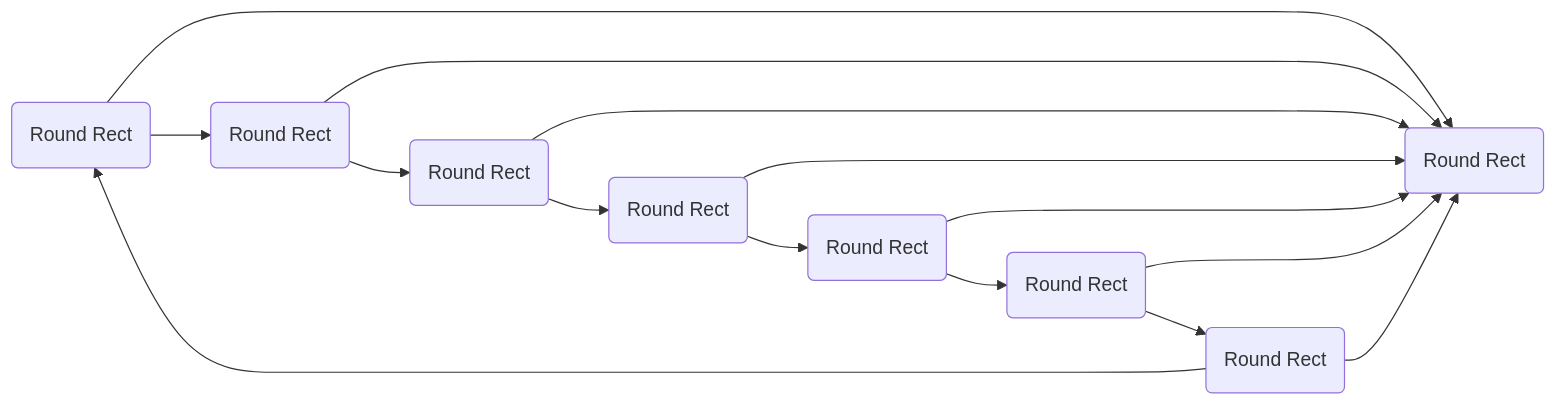
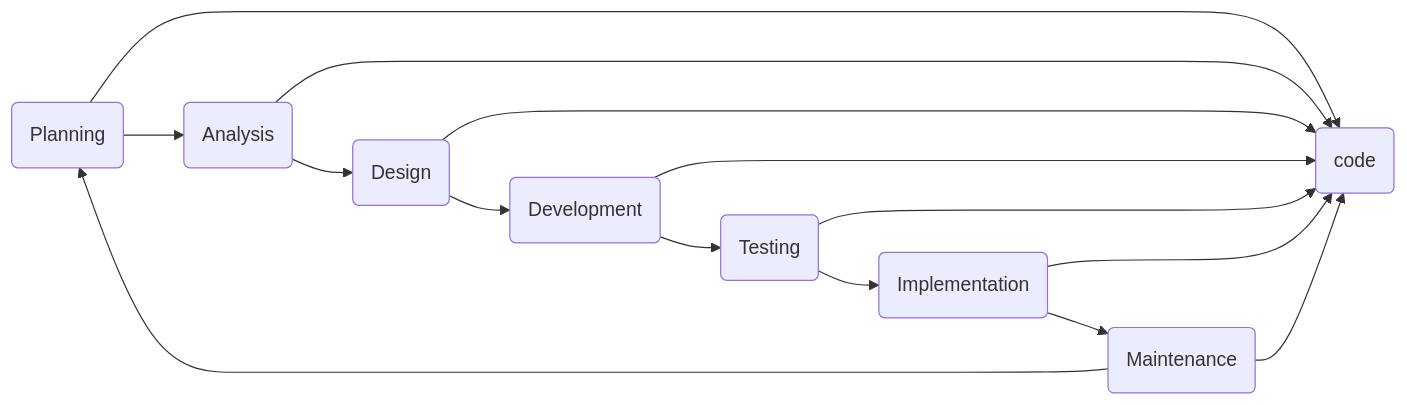
One commit to alex-mccombie/resume_readme changed the first of 2 diagrams in AlexMcCombie-Coder-README.md. Above: the diagram before and after it, drawn with Mermaid.

````diff
--- a/AlexMcCombie-Coder-README.md
+++ b/AlexMcCombie-Coder-README.md
@@ -281,17 +281,17 @@
 ```mermaid
   graph LR;
-      Planning(Round Rect)-->code(Round Rect);
+      Planning(Planning)-->code(code);
       Planning-->Analysis;
-      Analysis(Round Rect)-->code;
+      Analysis(Analysis)-->code;
       Analysis-->Design;
-      Design(Round Rect)-->code;
+      Design(Design)-->code;
       Design-->Development;
-      Development(Round Rect)-->code;
+      Development(Development)-->code;
       Development-->Testing;
-      Testing(Round Rect)-->code;
+      Testing(Testing)-->code;
       Testing-->Implementation;
-      Implementation(Round Rect)-->code;
+      Implementation(Implementation)-->code;
       Implementation-->Maintenance;
-      Maintenance(Round Rect)-->code;
+      Maintenance(Maintenance)-->code;
       Maintenance-->Planning;
 ```
````
